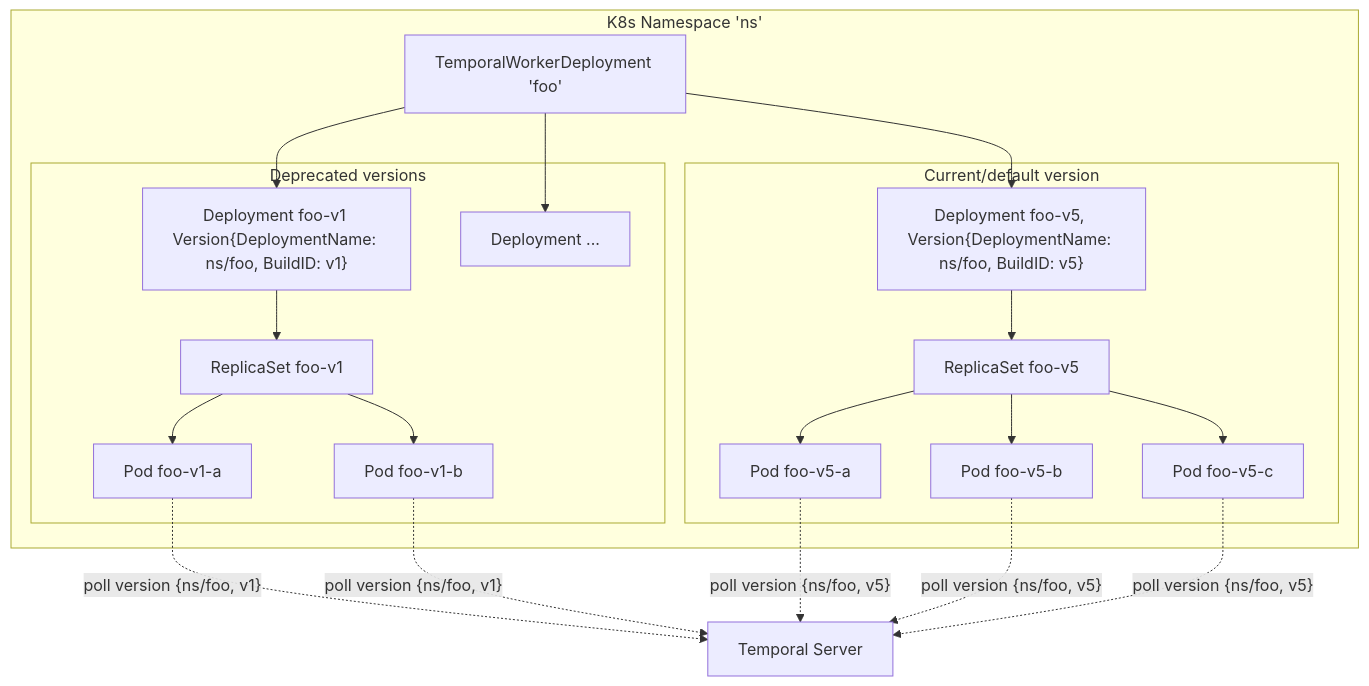
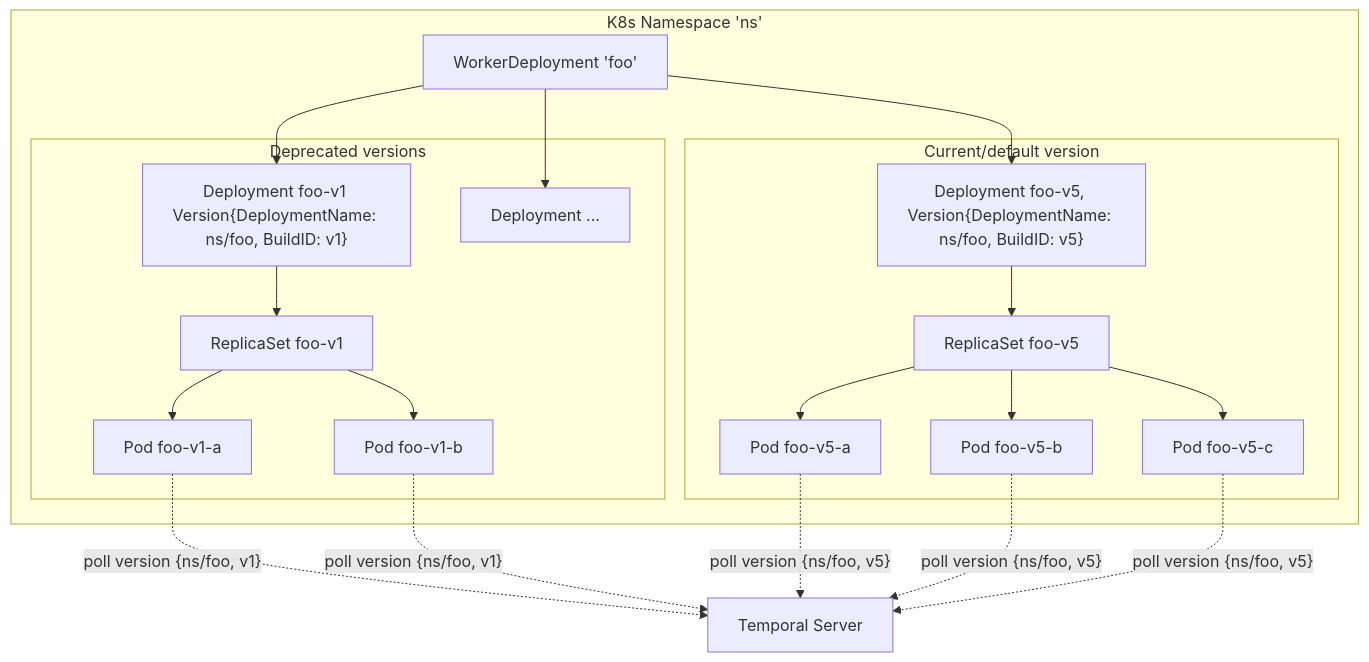
The first of 2 diagrams in docs/architecture.md (temporalio/temporal-worker-controller), drawn with Mermaid before and after one commit. The commit also changed other lines of this file and 11 other files, not shown here.

````diff
--- a/docs/architecture.md
+++ b/docs/architecture.md
@@ -11,43 +11,43 @@
 ```mermaid
 flowchart TD
     subgraph "K8s Namespace 'ns'"
-      twd[TemporalWorkerDeployment 'foo']
+      wd[WorkerDeployment 'foo']
       
       subgraph "Current/default version"
         d5["Deployment foo-v5, Version{DeploymentName: ns/foo, BuildID: v5}"]
         rs5["ReplicaSet foo-v5"]
         p5a["Pod foo-v5-a"]
         p5b["Pod foo-v5-b"]
         p5c["Pod foo-v5-c"]
         d5 --> rs5
         rs5 --> p5a
         rs5 --> p5b
         rs5 --> p5c
       end
 
       subgraph "Deprecated versions"
         d1["Deployment foo-v1 Version{DeploymentName: ns/foo, BuildID: v1}"]
         rs1["ReplicaSet foo-v1"]
         p1a["Pod foo-v1-a"]
         p1b["Pod foo-v1-b"]
         d1 --> rs1
         rs1 --> p1a
         rs1 --> p1b
 
         dN["Deployment ..."]
       end
     end  
 
-    twd --> d1
-    twd --> dN
-    twd --> d5
+    wd --> d1
+    wd --> dN
+    wd --> d5
 
     p1a -. "poll version {ns/foo, v1}" .-> server
     p1b -. "poll version {ns/foo, v1}" .-> server
 
     p5a -. "poll version {ns/foo, v5}" .-> server
     p5b -. "poll version {ns/foo, v5}" .-> server
     p5c -. "poll version {ns/foo, v5}" .-> server
 
     server["Temporal Server"]
 ```
````
